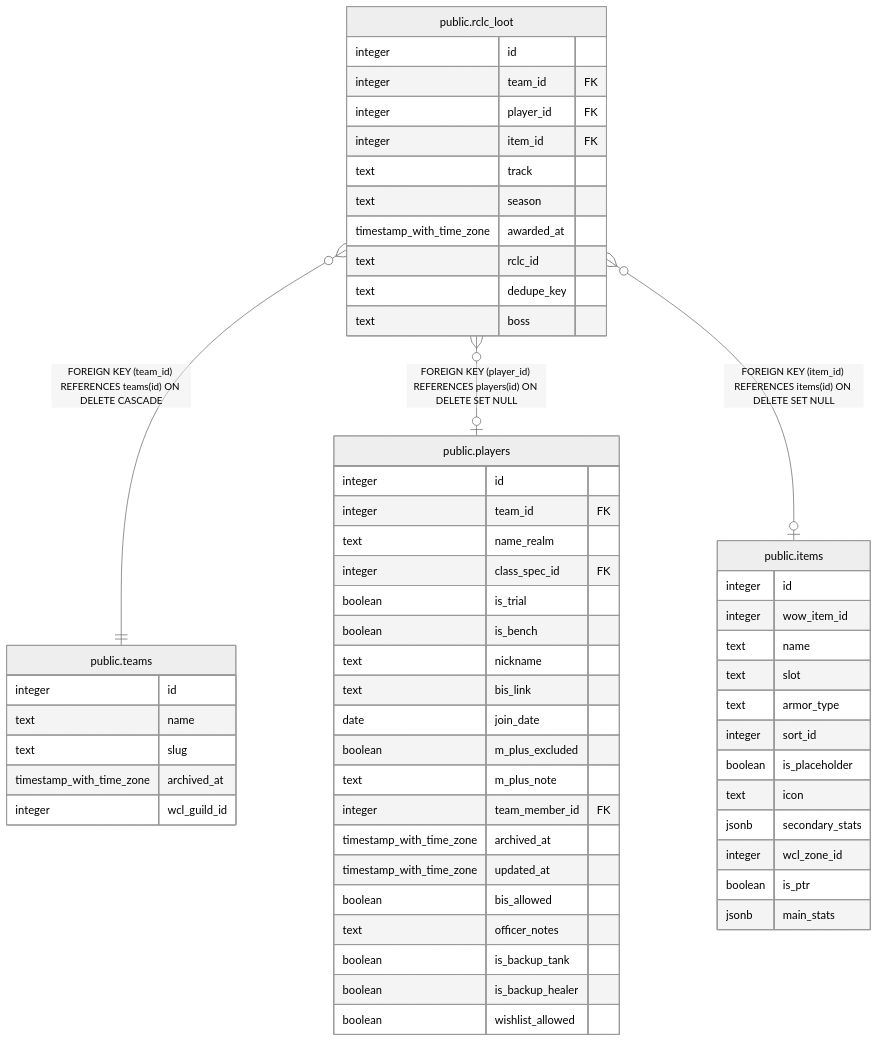
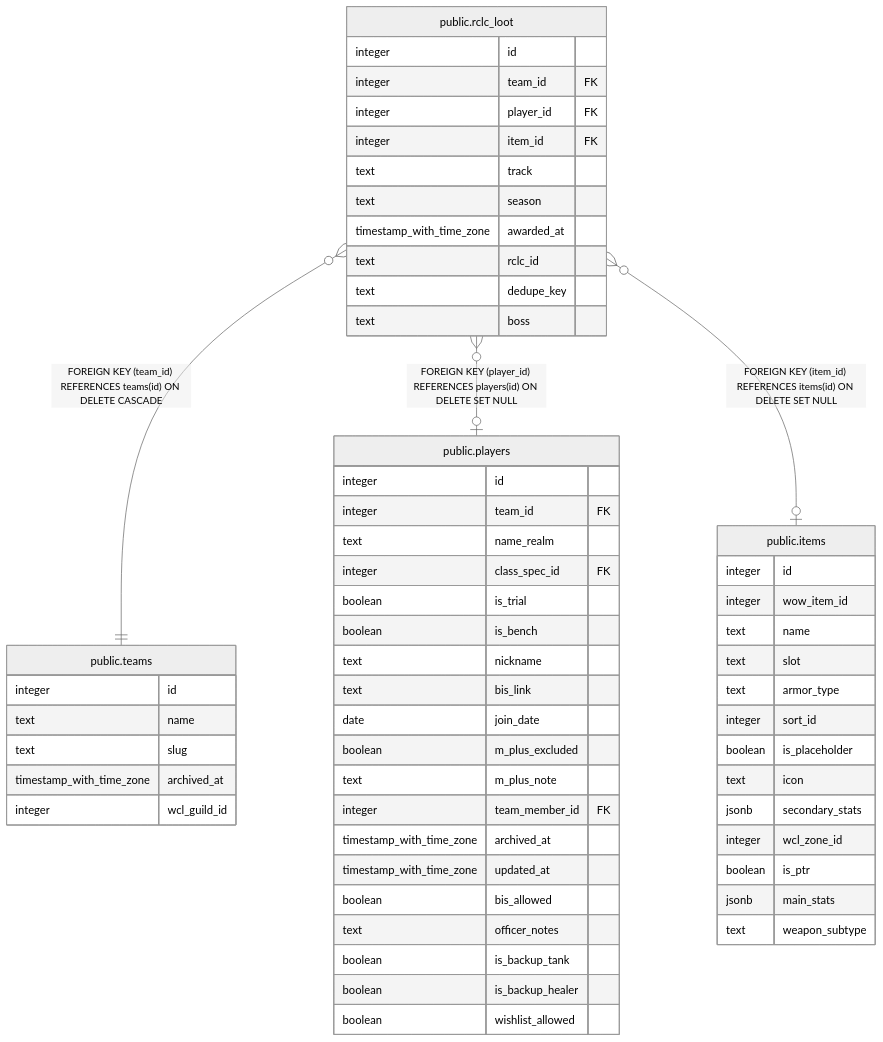
Before and after one commit to katogaming88/Phoenix-Roster: the diagram in dbdoc/public.rclc_loot.md, drawn with Mermaid (neutral theme). The commit also changed 29 other files, not shown here.

````diff
--- a/dbdoc/public.rclc_loot.md
+++ b/dbdoc/public.rclc_loot.md
@@ -44,62 +44,63 @@
 ```mermaid
 erDiagram
 
 "public.rclc_loot" }o--|| "public.teams" : "FOREIGN KEY (team_id) REFERENCES teams(id) ON DELETE CASCADE"
 "public.rclc_loot" }o--o| "public.players" : "FOREIGN KEY (player_id) REFERENCES players(id) ON DELETE SET NULL"
 "public.rclc_loot" }o--o| "public.items" : "FOREIGN KEY (item_id) REFERENCES items(id) ON DELETE SET NULL"
 
 "public.rclc_loot" {
   integer id
   integer team_id FK
   integer player_id FK
   integer item_id FK
   text track
   text season
   timestamp_with_time_zone awarded_at
   text rclc_id
   text dedupe_key
   text boss
 }
 "public.teams" {
   integer id
   text name
   text slug
   timestamp_with_time_zone archived_at
   integer wcl_guild_id
 }
 "public.players" {
   integer id
   integer team_id FK
   text name_realm
   integer class_spec_id FK
   boolean is_trial
   boolean is_bench
   text nickname
   text bis_link
   date join_date
   boolean m_plus_excluded
   text m_plus_note
   integer team_member_id FK
   timestamp_with_time_zone archived_at
   timestamp_with_time_zone updated_at
   boolean bis_allowed
   text officer_notes
   boolean is_backup_tank
   boolean is_backup_healer
   boolean wishlist_allowed
 }
 "public.items" {
   integer id
   integer wow_item_id
   text name
   text slot
   text armor_type
   integer sort_id
   boolean is_placeholder
   text icon
   jsonb secondary_stats
   integer wcl_zone_id
   boolean is_ptr
   jsonb main_stats
+  text weapon_subtype
 }
 ```
````
